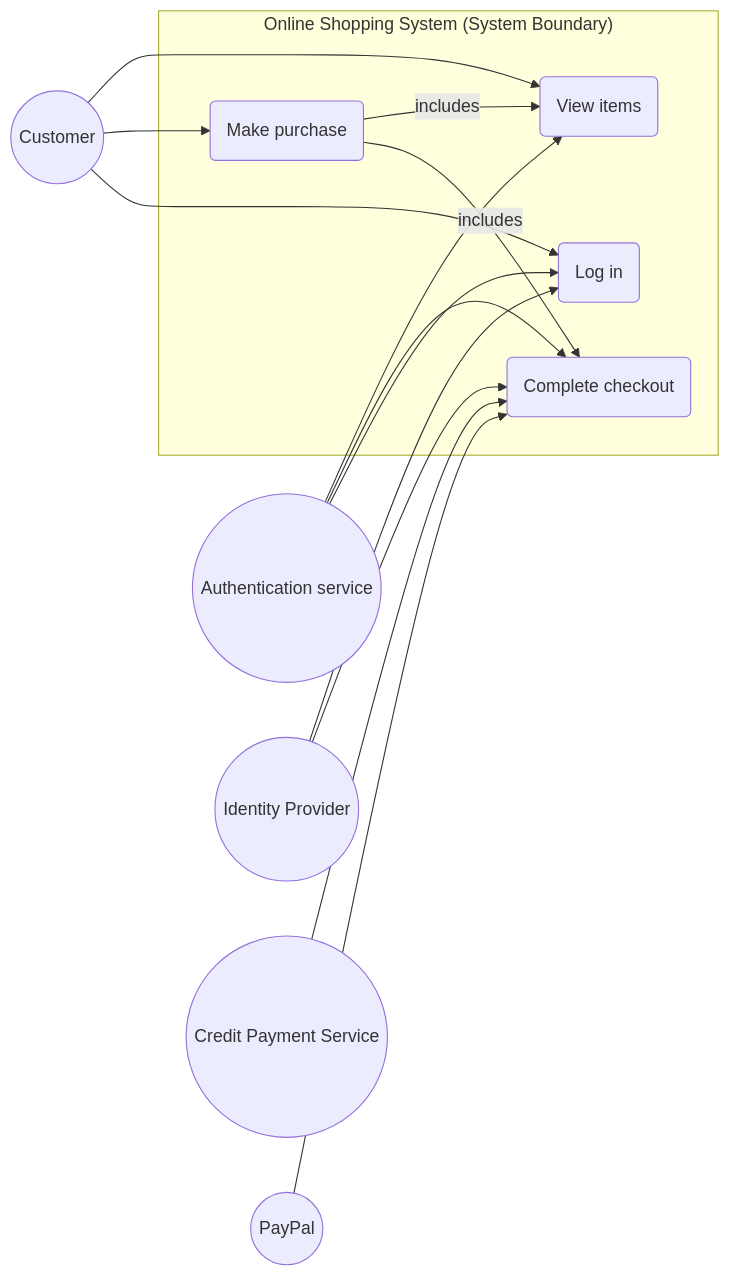
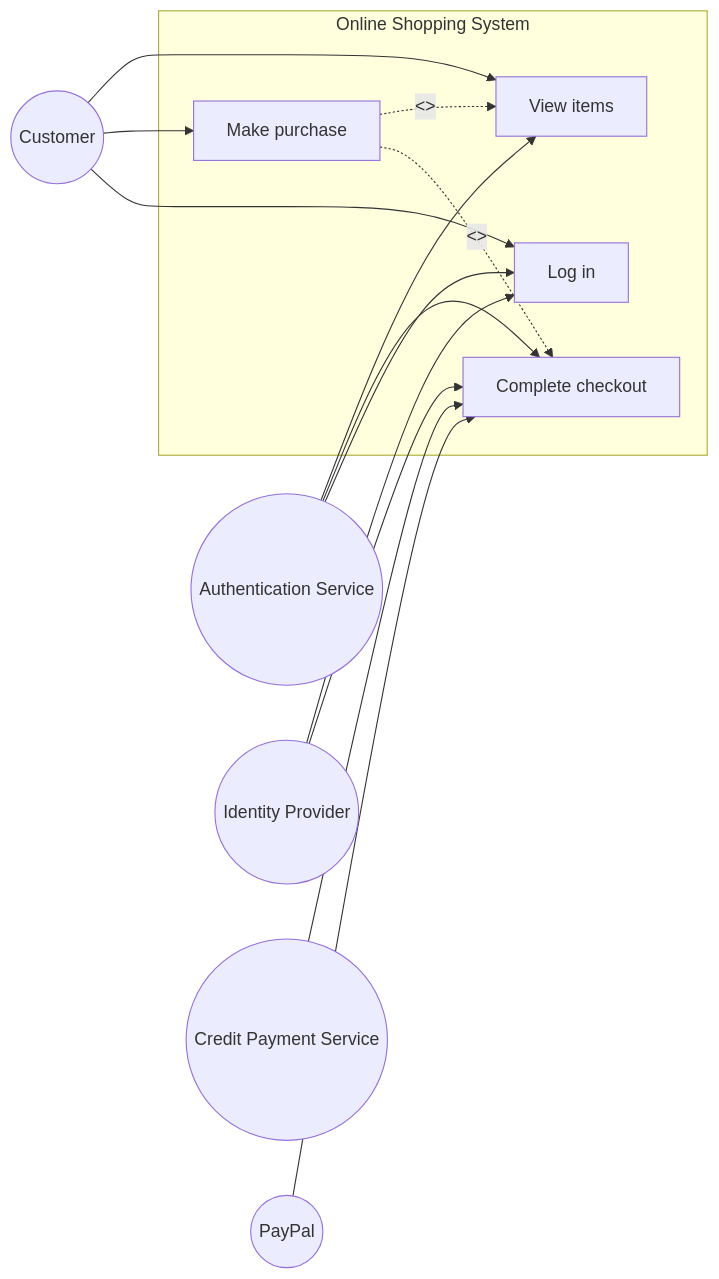
One commit to Fake1Doge/Obsidian-notes changed diagram 25 of 42 in Y1S2/CKS121 Software Requirements.md. Above: the diagram before and after it, drawn with Mermaid. The commit also changed other lines of this file and 1 other file, not shown here.

````diff
--- a/Y1S2/CKS121 Software Requirements.md
+++ b/Y1S2/CKS121 Software Requirements.md
@@ -1735,26 +1787,26 @@
 ```mermaid
 graph LR
-    subgraph "Online Shopping System (System Boundary)"
-        UC1(View items)
-        UC2(Make purchase)
-        UC3(Complete checkout)
-        UC4(Log in)
+    subgraph OnlineShopping ["Online Shopping System"]
+        UC1["View items"]
+        UC2["Make purchase"]
+        UC3["Complete checkout"]
+        UC4["Log in"]
     end
-    
-    Cust((Customer)) --> UC1
+
+    Cust(("Customer")) --> UC1
     Cust --> UC2
     Cust --> UC4
-    
-    UC2 -->|includes| UC1
-    UC2 -->|includes| UC3
-    
-    Auth((Authentication service)) --> UC1
+
+    UC2 -.->|"<<include>>"| UC1
+    UC2 -.->|"<<include>>"| UC3
+
+    Auth(("Authentication Service")) --> UC1
     Auth --> UC3
     Auth --> UC4
-    
-    IdP((Identity Provider)) --> UC4
+
+    IdP(("Identity Provider")) --> UC4
     IdP --> UC3
-    
-    CPS((Credit Payment Service)) --> UC3
-    PP((PayPal)) --> UC3
+
+    CPS(("Credit Payment Service")) --> UC3
+    PP(("PayPal")) --> UC3
 ```
````
